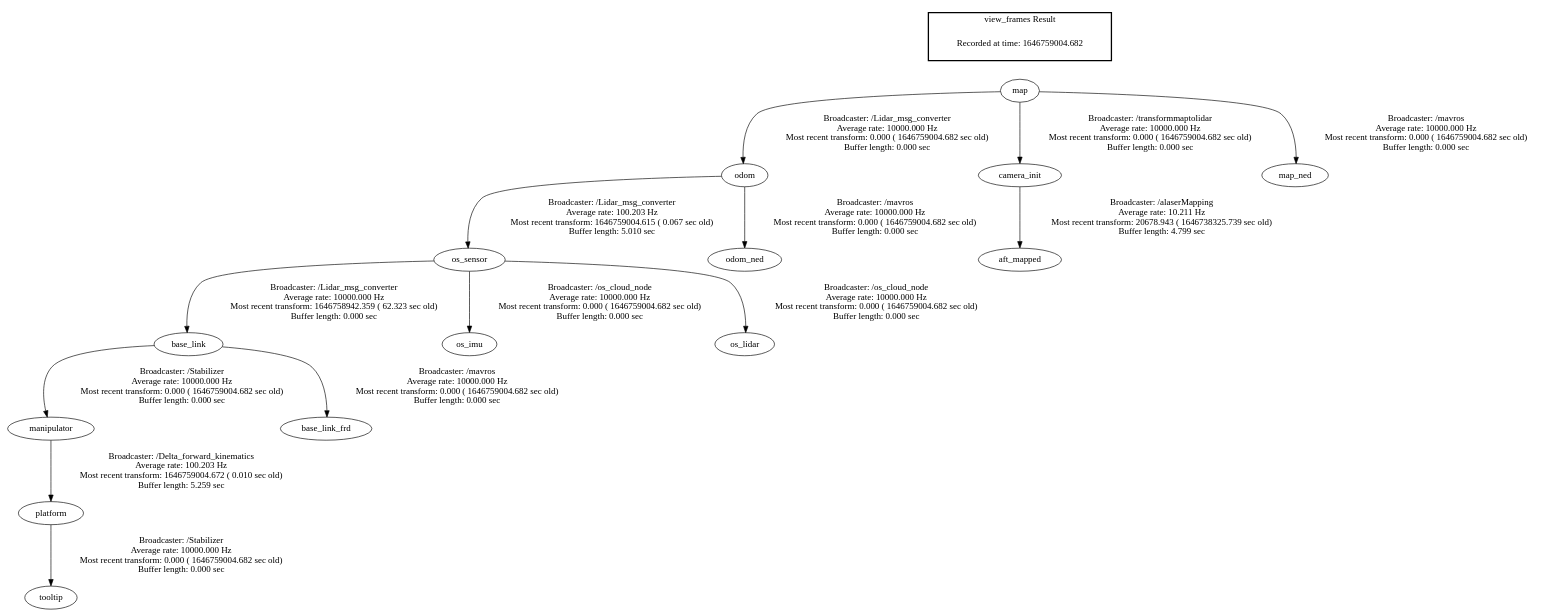
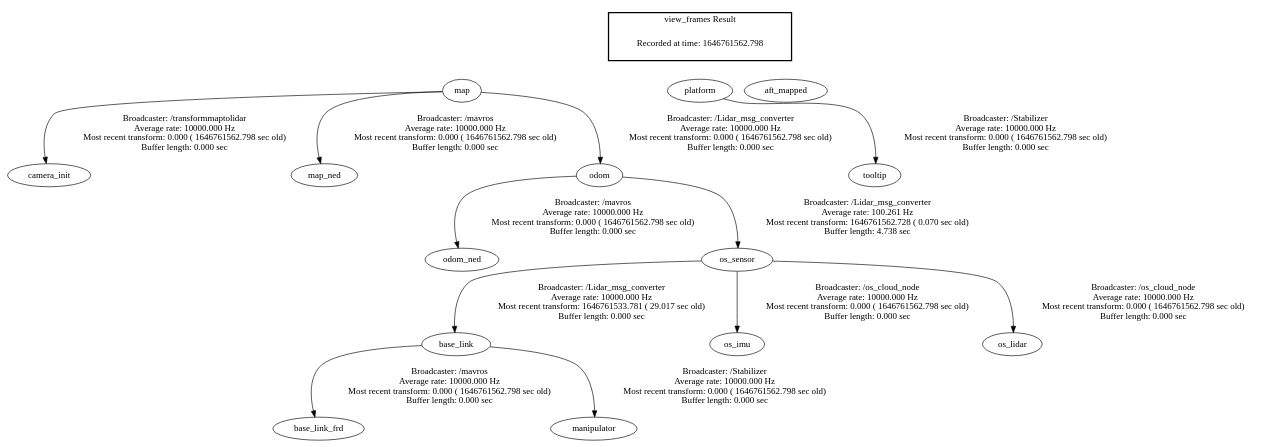
Before and after one commit to lachie-aerialrobotics/delta_manipulator: the diagram in frames.gv, drawn with Graphviz. The commit also changed 2 other files, not shown here.

```diff
--- a/frames.gv
+++ b/frames.gv
@@ -1,19 +1,25 @@
 digraph G {
-"manipulator" -> "platform"[label="Broadcaster: /Delta_forward_kinematics\nAverage rate: 100.203 Hz\nMost recent transform: 1646759004.672 ( 0.010 sec old)\nBuffer length: 5.259 sec\n"];
-"base_link" -> "manipulator"[label="Broadcaster: /Stabilizer\nAverage rate: 10000.000 Hz\nMost recent transform: 0.000 ( 1646759004.682 sec old)\nBuffer length: 0.000 sec\n"];
-"os_sensor" -> "base_link"[label="Broadcaster: /Lidar_msg_converter\nAverage rate: 10000.000 Hz\nMost recent transform: 1646758942.359 ( 62.323 sec old)\nBuffer length: 0.000 sec\n"];
-"map" -> "odom"[label="Broadcaster: /Lidar_msg_converter\nAverage rate: 10000.000 Hz\nMost recent transform: 0.000 ( 1646759004.682 sec old)\nBuffer length: 0.000 sec\n"];
-"camera_init" -> "aft_mapped"[label="Broadcaster: /alaserMapping\nAverage rate: 10.211 Hz\nMost recent transform: 20678.943 ( 1646738325.739 sec old)\nBuffer length: 4.799 sec\n"];
-"map" -> "camera_init"[label="Broadcaster: /transformmaptolidar\nAverage rate: 10000.000 Hz\nMost recent transform: 0.000 ( 1646759004.682 sec old)\nBuffer length: 0.000 sec\n"];
-"odom" -> "os_sensor"[label="Broadcaster: /Lidar_msg_converter\nAverage rate: 100.203 Hz\nMost recent transform: 1646759004.615 ( 0.067 sec old)\nBuffer length: 5.010 sec\n"];
-"os_sensor" -> "os_imu"[label="Broadcaster: /os_cloud_node\nAverage rate: 10000.000 Hz\nMost recent transform: 0.000 ( 1646759004.682 sec old)\nBuffer length: 0.000 sec\n"];
-"os_sensor" -> "os_lidar"[label="Broadcaster: /os_cloud_node\nAverage rate: 10000.000 Hz\nMost recent transform: 0.000 ( 1646759004.682 sec old)\nBuffer length: 0.000 sec\n"];
-"map" -> "map_ned"[label="Broadcaster: /mavros\nAverage rate: 10000.000 Hz\nMost recent transform: 0.000 ( 1646759004.682 sec old)\nBuffer length: 0.000 sec\n"];
-"odom" -> "odom_ned"[label="Broadcaster: /mavros\nAverage rate: 10000.000 Hz\nMost recent transform: 0.000 ( 1646759004.682 sec old)\nBuffer length: 0.000 sec\n"];
-"base_link" -> "base_link_frd"[label="Broadcaster: /mavros\nAverage rate: 10000.000 Hz\nMost recent transform: 0.000 ( 1646759004.682 sec old)\nBuffer length: 0.000 sec\n"];
-"platform" -> "tooltip"[label="Broadcaster: /Stabilizer\nAverage rate: 10000.000 Hz\nMost recent transform: 0.000 ( 1646759004.682 sec old)\nBuffer length: 0.000 sec\n"];
+"map" -> "camera_init"[label="Broadcaster: /transformmaptolidar\nAverage rate: 10000.000 Hz\nMost recent transform: 0.000 ( 1646761562.798 sec old)\nBuffer length: 0.000 sec\n"];
+"map" -> "map_ned"[label="Broadcaster: /mavros\nAverage rate: 10000.000 Hz\nMost recent transform: 0.000 ( 1646761562.798 sec old)\nBuffer length: 0.000 sec\n"];
+"odom" -> "odom_ned"[label="Broadcaster: /mavros\nAverage rate: 10000.000 Hz\nMost recent transform: 0.000 ( 1646761562.798 sec old)\nBuffer length: 0.000 sec\n"];
+"map" -> "odom"[label="Broadcaster: /Lidar_msg_converter\nAverage rate: 10000.000 Hz\nMost recent transform: 0.000 ( 1646761562.798 sec old)\nBuffer length: 0.000 sec\n"];
+"base_link" -> "base_link_frd"[label="Broadcaster: /mavros\nAverage rate: 10000.000 Hz\nMost recent transform: 0.000 ( 1646761562.798 sec old)\nBuffer length: 0.000 sec\n"];
+"os_sensor" -> "base_link"[label="Broadcaster: /Lidar_msg_converter\nAverage rate: 10000.000 Hz\nMost recent transform: 1646761533.781 ( 29.017 sec old)\nBuffer length: 0.000 sec\n"];
+"base_link" -> "manipulator"[label="Broadcaster: /Stabilizer\nAverage rate: 10000.000 Hz\nMost recent transform: 0.000 ( 1646761562.798 sec old)\nBuffer length: 0.000 sec\n"];
+"platform" -> "tooltip"[label="Broadcaster: /Stabilizer\nAverage rate: 10000.000 Hz\nMost recent transform: 0.000 ( 1646761562.798 sec old)\nBuffer length: 0.000 sec\n"];
+"os_sensor" -> "os_imu"[label="Broadcaster: /os_cloud_node\nAverage rate: 10000.000 Hz\nMost recent transform: 0.000 ( 1646761562.798 sec old)\nBuffer length: 0.000 sec\n"];
+"odom" -> "os_sensor"[label="Broadcaster: /Lidar_msg_converter\nAverage rate: 100.261 Hz\nMost recent transform: 1646761562.728 ( 0.070 sec old)\nBuffer length: 4.738 sec\n"];
+"os_sensor" -> "os_lidar"[label="Broadcaster: /os_cloud_node\nAverage rate: 10000.000 Hz\nMost recent transform: 0.000 ( 1646761562.798 sec old)\nBuffer length: 0.000 sec\n"];
 edge [style=invis];
  subgraph cluster_legend { style=bold; color=black; label ="view_frames Result";
-"Recorded at time: 1646759004.682"[ shape=plaintext ] ;
+"Recorded at time: 1646761562.798"[ shape=plaintext ] ;
  }->"map";
+edge [style=invis];
+ subgraph cluster_legend { style=bold; color=black; label ="view_frames Result";
+"Recorded at time: 1646761562.798"[ shape=plaintext ] ;
+ }->"platform";
+edge [style=invis];
+ subgraph cluster_legend { style=bold; color=black; label ="view_frames Result";
+"Recorded at time: 1646761562.798"[ shape=plaintext ] ;
+ }->"aft_mapped";
 }
```
